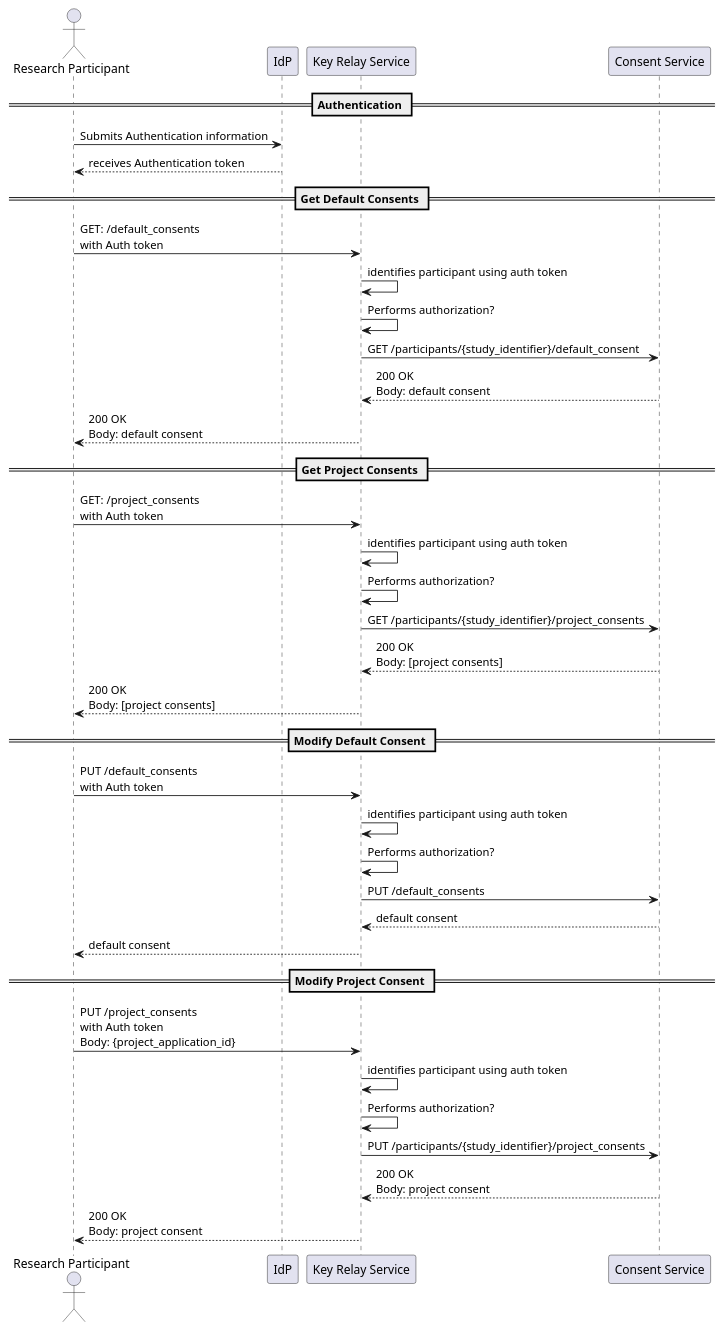
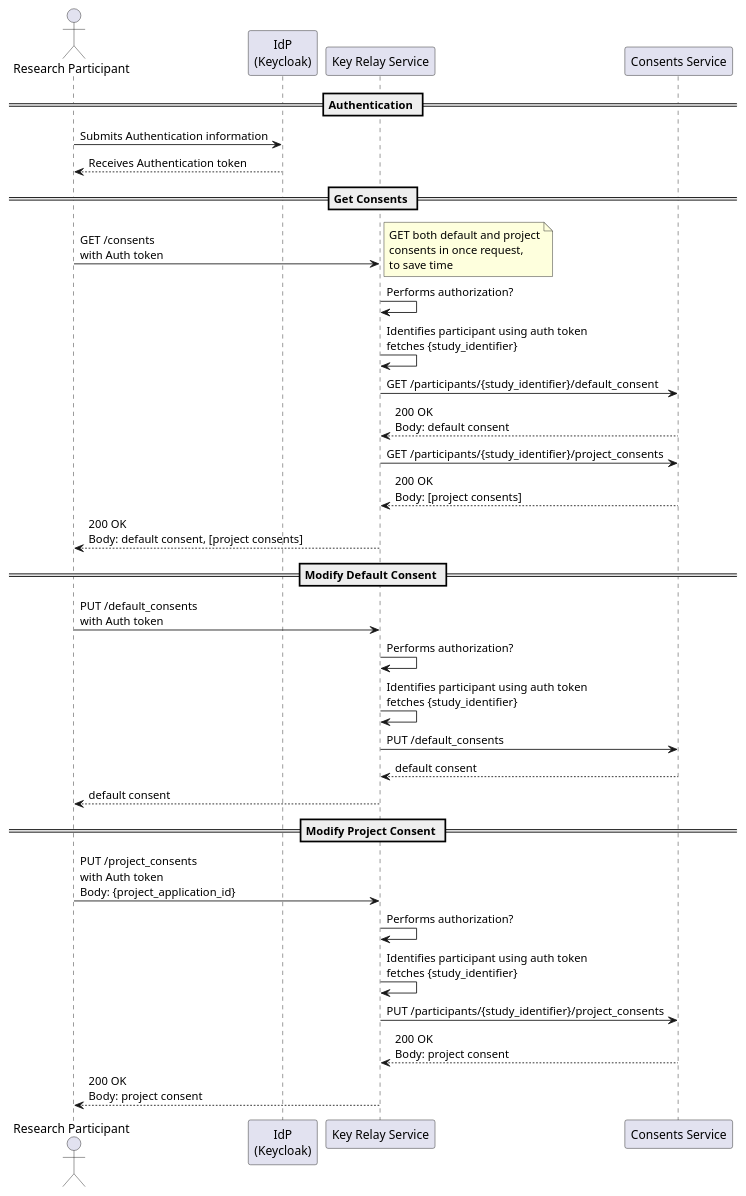
One commit to dycons/design changed the diagram in demo1/diagrams/participant_consent_change.md. Above: the diagram before and after it, drawn with PlantUML. The commit also changed other lines of this file, not shown here.

Commit message:
Update consent change seq diagram to clarify Relay API

```diff
--- a/demo1/diagrams/participant_consent_change.md
+++ b/demo1/diagrams/participant_consent_change.md
@@ -4,56 +4,53 @@
 @startuml
 actor "Research Participant" as rp
-participant "IdP" as idp
+participant "IdP\n(Keycloak)" as idp
 participant "Key Relay Service" as krs
-participant "Consent Service" as cs
+participant "Consents Service" as cs
 
 
 == Authentication ==
 
 rp -> idp : Submits Authentication information
-idp --> rp : receives Authentication token
+idp --> rp : Receives Authentication token
 
-== Get Default Consents ==
+== Get Consents ==
 
-rp -> krs: GET: /default_consents \nwith Auth token
-krs -> krs: identifies participant using auth token
+rp -> krs: GET /consents \nwith Auth token
+note right
+  GET both default and project
+  consents in once request,
+  to save time
+end note
 krs -> krs: Performs authorization?
+krs -> krs: Identifies participant using auth token \nfetches {study_identifier}
 
 krs -> cs: GET /participants/{study_identifier}/default_consent
 cs --> krs: 200 OK \nBody: default consent
 
-krs --> rp: 200 OK \nBody: default consent
-
-== Get Project Consents ==
-
-rp -> krs: GET: /project_consents \nwith Auth token
-krs -> krs: identifies participant using auth token
-krs -> krs: Performs authorization?
-
 krs -> cs: GET /participants/{study_identifier}/project_consents
 cs --> krs: 200 OK \nBody: [project consents]
 
-krs --> rp: 200 OK \nBody: [project consents]
+krs --> rp: 200 OK \nBody: default consent, [project consents]
 
 == Modify Default Consent ==
 
 rp -> krs: PUT /default_consents \nwith Auth token
-krs -> krs: identifies participant using auth token
 krs -> krs: Performs authorization?
+krs -> krs: Identifies participant using auth token \nfetches {study_identifier}
 
 krs -> cs: PUT /default_consents
 cs --> krs: default consent
 
 krs --> rp: default consent
 
 == Modify Project Consent ==
 
 rp -> krs: PUT /project_consents \nwith Auth token \nBody: {project_application_id}
-krs -> krs: identifies participant using auth token
 krs -> krs: Performs authorization?
+krs -> krs: Identifies participant using auth token \nfetches {study_identifier}
 
 krs -> cs: PUT /participants/{study_identifier}/project_consents
 cs --> krs: 200 OK \nBody: project consent
 
 krs --> rp: 200 OK \nBody: project consent
 @enduml
```
